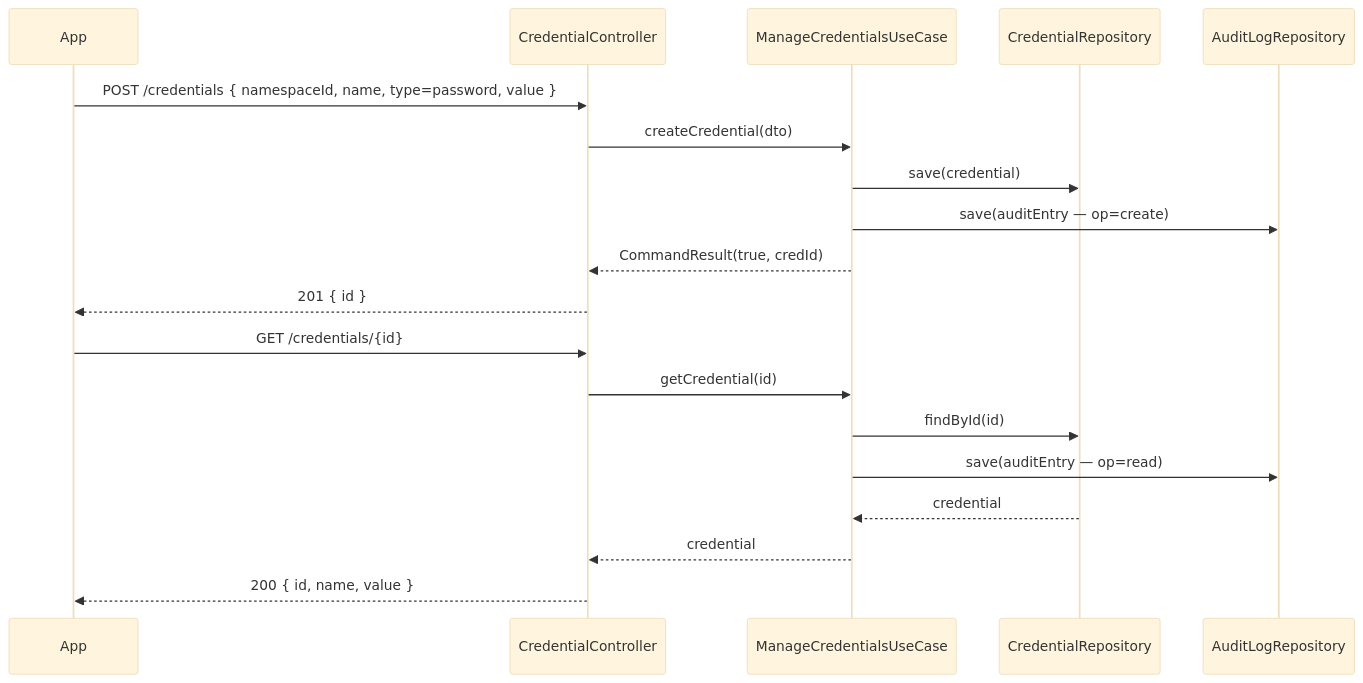
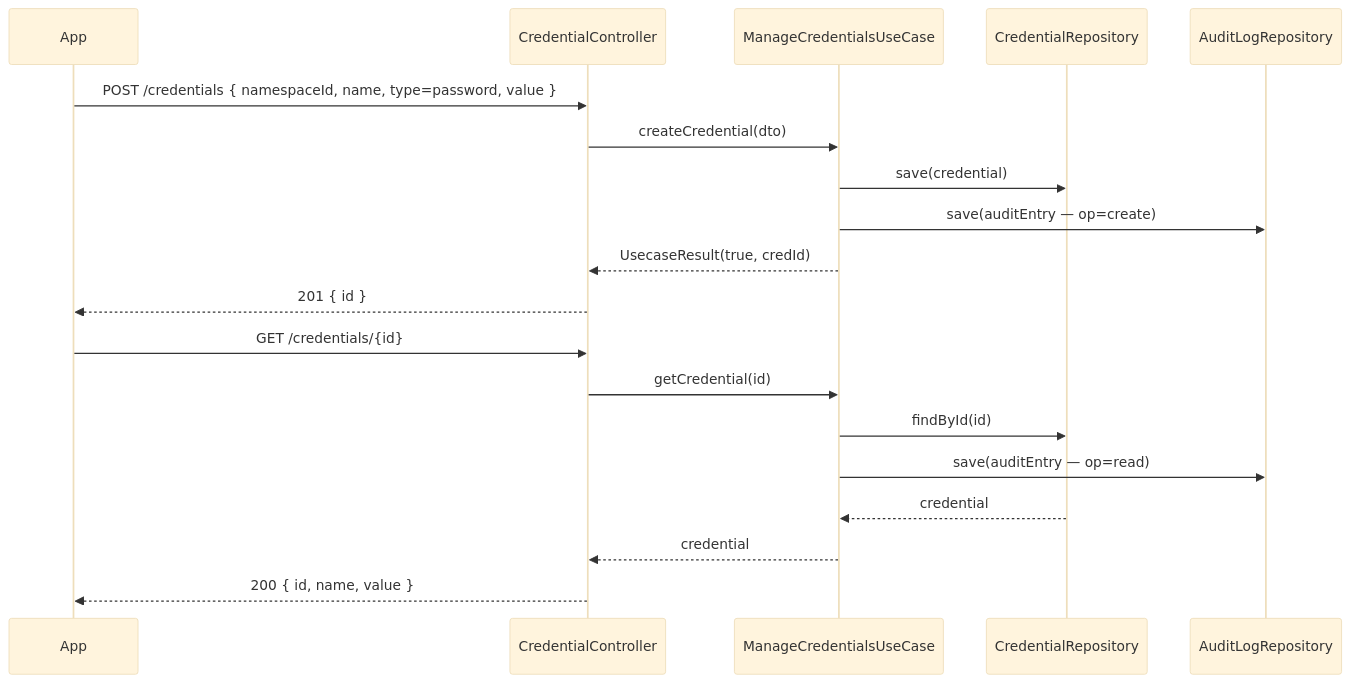
One commit to UIMSolutions/uim-platform changed the third of 3 diagrams in credential-store/UML.md. Above: the diagram before and after it, drawn with Mermaid (base theme). The commit also changed 907 other files, not shown here.

Commit message:
Rename CommandResult

````diff
--- a/credential-store/UML.md
+++ b/credential-store/UML.md
@@ -104,23 +104,23 @@
 ```mermaid
 sequenceDiagram
     participant App
     participant CC as CredentialController
     participant CUC as ManageCredentialsUseCase
     participant CR as CredentialRepository
     participant AR as AuditLogRepository
 
     App->>CC: POST /credentials { namespaceId, name, type=password, value }
     CC->>CUC: createCredential(dto)
     CUC->>CR: save(credential)
     CUC->>AR: save(auditEntry — op=create)
-    CUC-->>CC: CommandResult(true, credId)
+    CUC-->>CC: UsecaseResult(true, credId)
     CC-->>App: 201 { id }
 
     App->>CC: GET /credentials/{id}
     CC->>CUC: getCredential(id)
     CUC->>CR: findById(id)
     CUC->>AR: save(auditEntry — op=read)
     CR-->>CUC: credential
     CUC-->>CC: credential
     CC-->>App: 200 { id, name, value }
 ```
````
